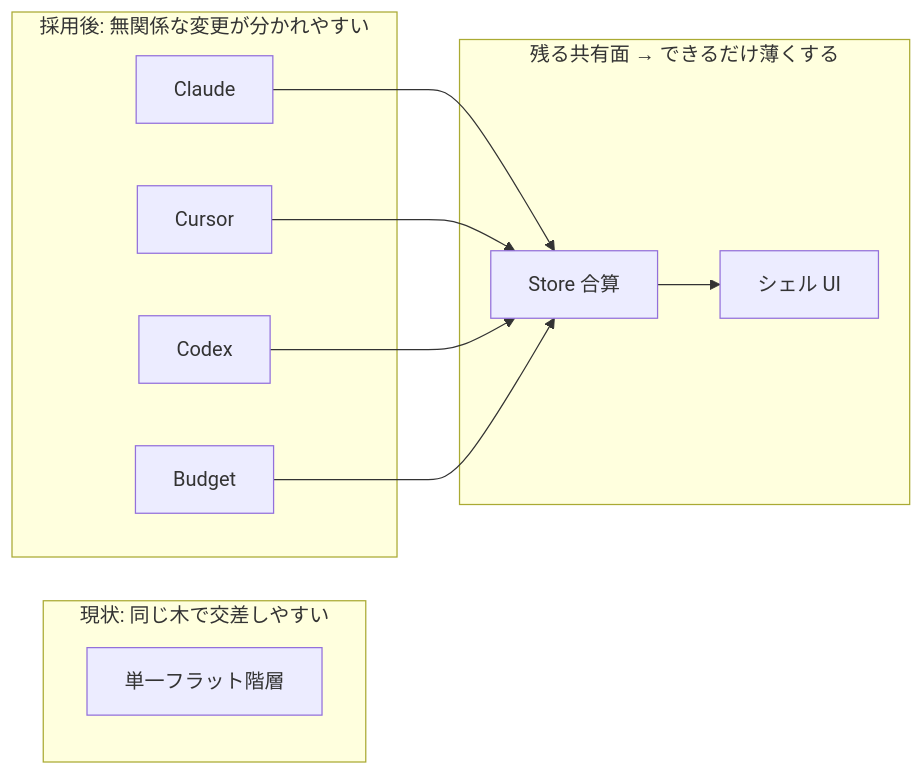
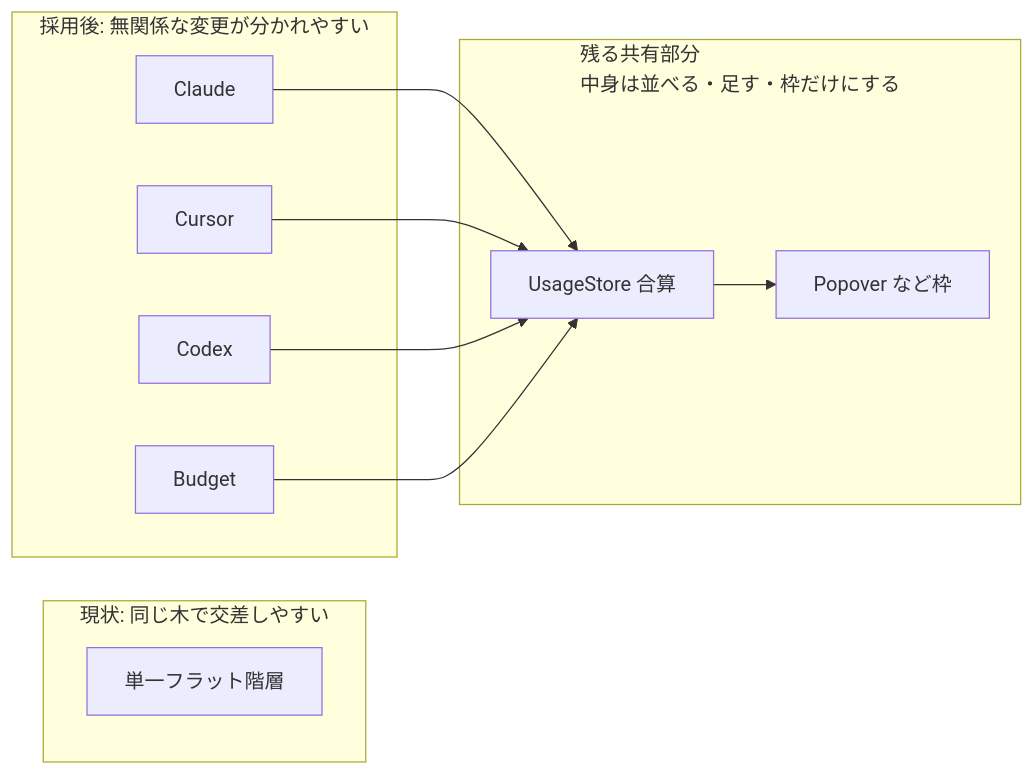
The third of 3 diagrams in ADR/0002-feature-spm-modules/0002-feature-spm-modules.ja.md (Tokfuel/Tokfuel), drawn with Mermaid before and after one commit. The commit also changed other lines of this file and 1 other file, not shown here.

````diff
--- a/ADR/0002-feature-spm-modules/0002-feature-spm-modules.ja.md
+++ b/ADR/0002-feature-spm-modules/0002-feature-spm-modules.ja.md
@@ -96,21 +96,21 @@
 ```mermaid
 flowchart LR
   subgraph before["現状: 同じ木で交差しやすい"]
     Flat["単一フラット階層"]
   end
   subgraph after["採用後: 無関係な変更が分かれやすい"]
     C[Claude]
     Cu[Cursor]
     Co[Codex]
     B[Budget]
   end
-  subgraph residual["残る共有面 → できるだけ薄くする"]
-    S[Store 合算]
-    U[シェル UI]
+  subgraph residual["残る共有部分<br/>中身は並べる・足す・枠だけにする"]
+    S[UsageStore 合算]
+    U[Popover など枠]
   end
   C --> S
   Cu --> S
   Co --> S
   B --> S
   S --> U
 ```
````
